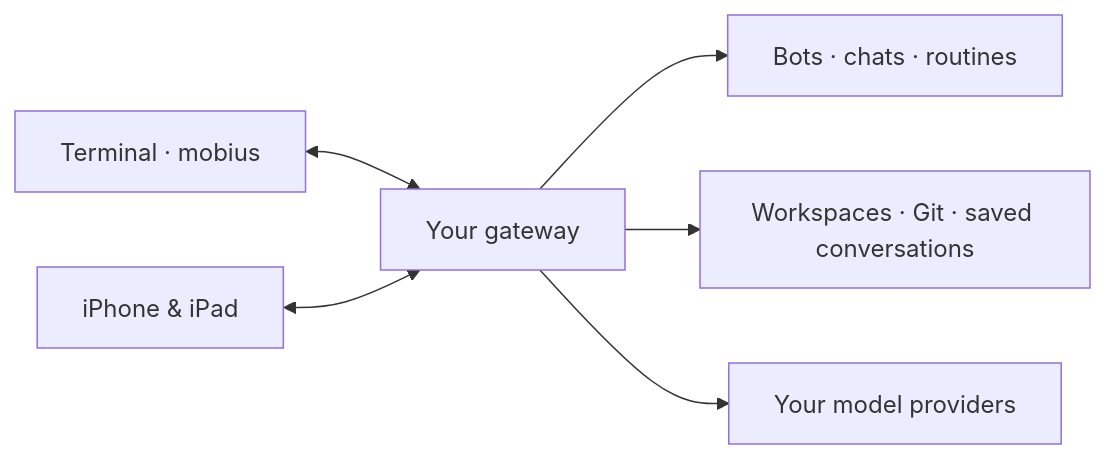
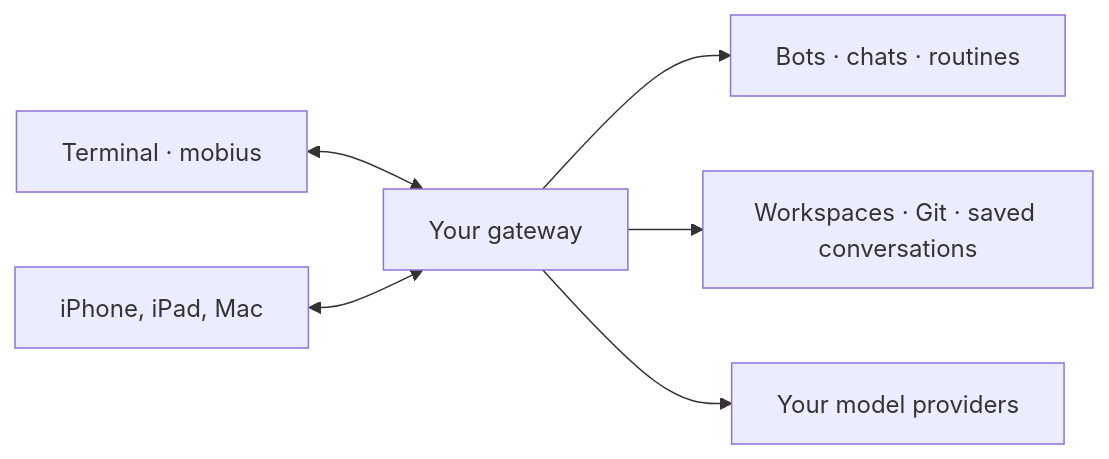
One commit to citizenhicks/mobius changed the diagram in README.md. Above: the diagram before and after it, drawn with Mermaid. The commit also changed other lines of this file and 1 other file, not shown here.

````diff
--- a/README.md
+++ b/README.md
@@ -145,8 +88,8 @@
 ```mermaid
 flowchart LR
     Terminal["Terminal · mobius"] <--> Gateway["Your gateway"]
-    Apple["iPhone & iPad"] <--> Gateway
+    Apple["iPhone, iPad, Mac"] <--> Gateway
     Gateway --> Agents["Bots · chats · routines"]
     Gateway --> Work["Workspaces · Git · saved conversations"]
     Gateway --> Models["Your model providers"]
 ```
````
